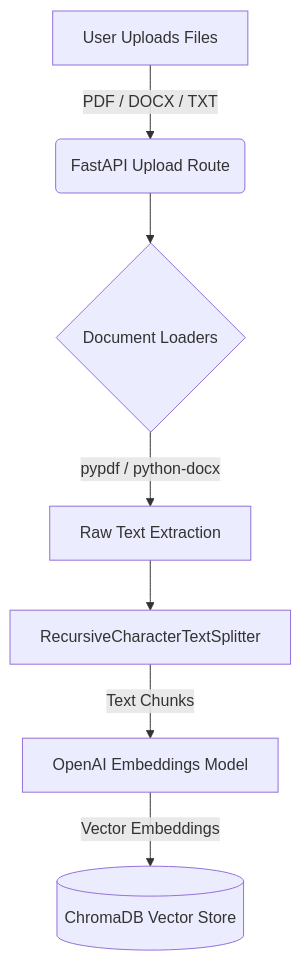
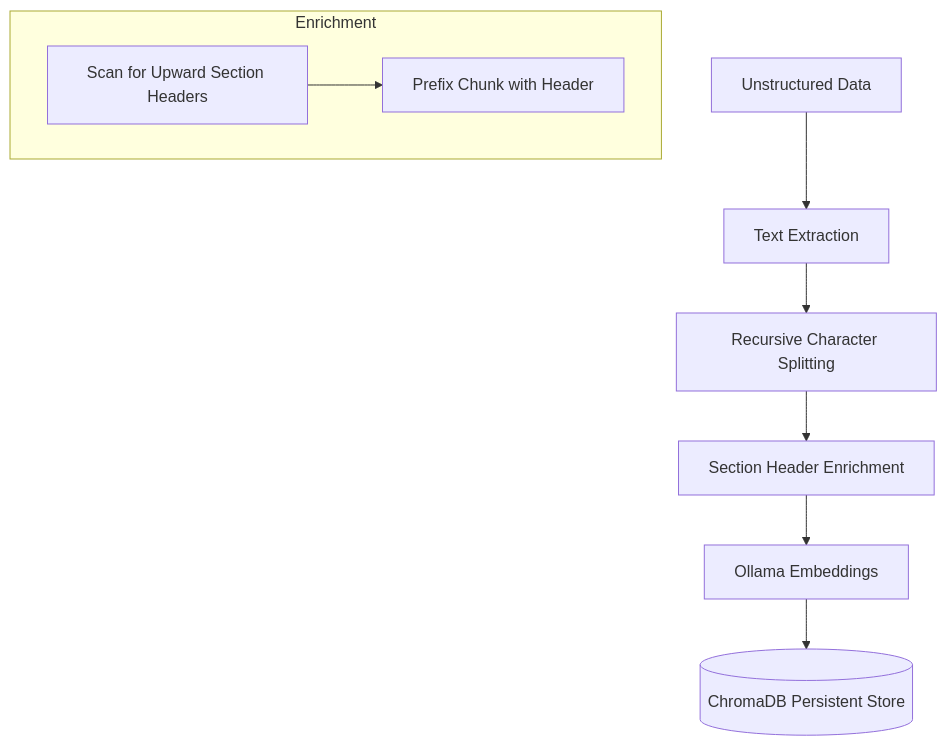
One commit to SAMI-CODEAI/rag_chatbot changed the first of 2 diagrams in README.md. Above: the diagram before and after it, drawn with Mermaid. The commit also changed other lines of this file, not shown here.

Commit message:
docs: overhaul README to document local RAG architecture, MMR retrieval, header enrichment, and Ragas evaluation framework

````diff
--- a/README.md
+++ b/README.md
@@ -15,9 +12,12 @@
 ```mermaid
 graph TD
-    A[User Uploads Files] -->|PDF / DOCX / TXT| B(FastAPI Upload Route)
-    B --> C{Document Loaders}
-    C -->|pypdf / python-docx| D[Raw Text Extraction]
-    D --> E[RecursiveCharacterTextSplitter]
-    E -->|Text Chunks| F[OpenAI Embeddings Model]
-    F -->|Vector Embeddings| G[(ChromaDB Vector Store)]
+    A[Unstructured Data] --> B[Text Extraction]
+    B --> C[Recursive Character Splitting]
+    C --> D[Section Header Enrichment]
+    D --> E[Ollama Embeddings]
+    E --> F[(ChromaDB Persistent Store)]
+    
+    subgraph Enrichment
+    D1[Scan for Upward Section Headers] --> D2[Prefix Chunk with Header]
+    end
 ```
````
